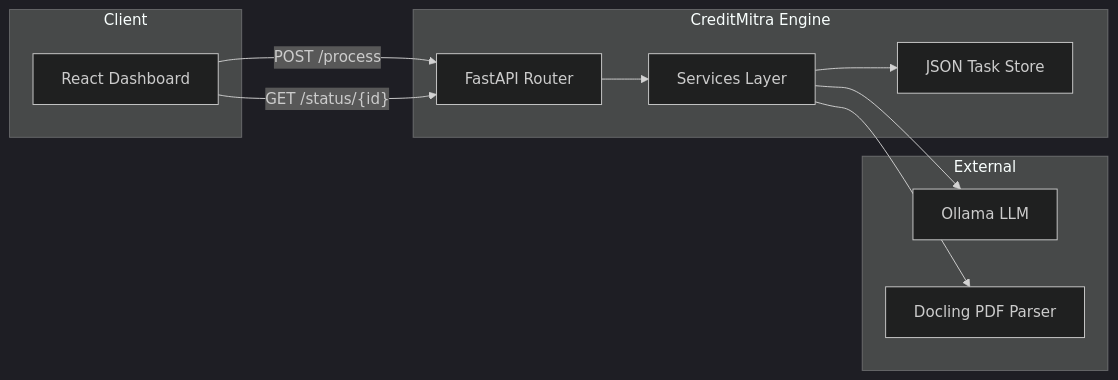
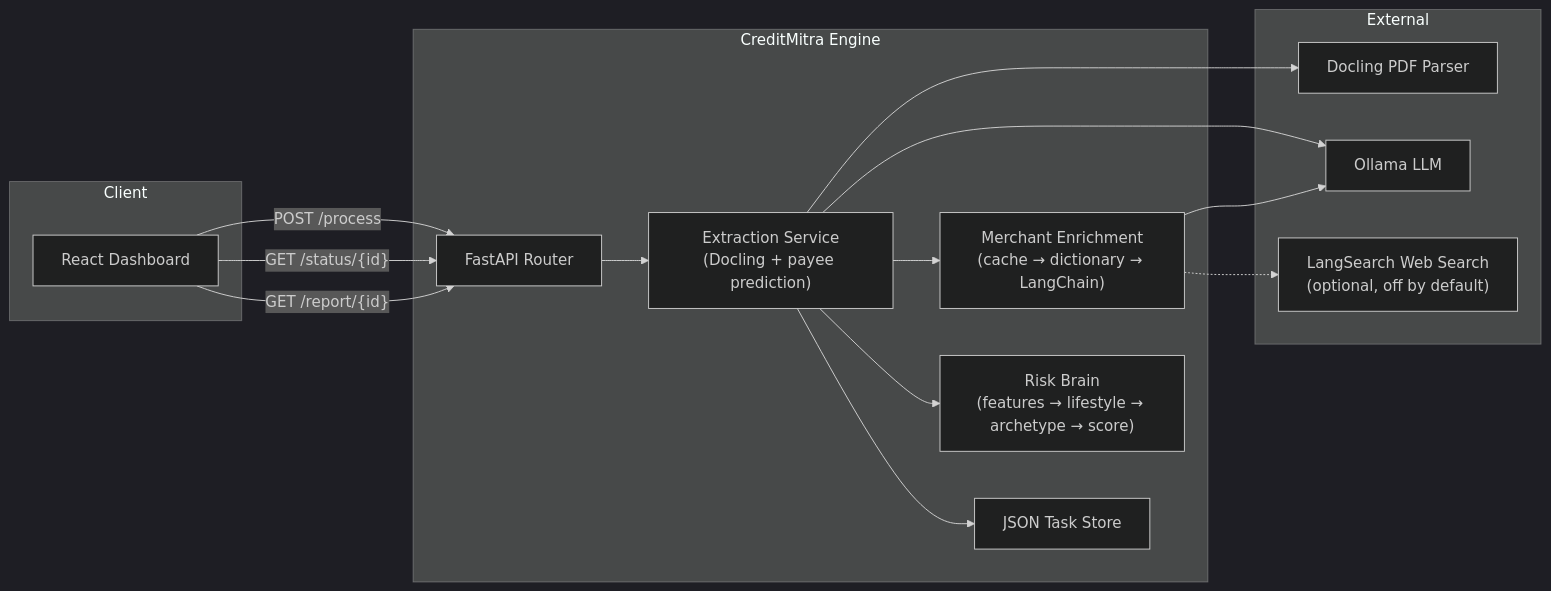
One commit to CreditMitra-TIH-IITB/CreditMitra-engine changed the diagram in README.md. Above: the diagram before and after it, drawn with Mermaid (dark theme). The commit also changed other lines of this file and 27 other files, not shown here.

````diff
--- a/README.md
+++ b/README.md
@@ -11,24 +13,32 @@
 ```mermaid
 flowchart LR
     subgraph Client
         FE["React Dashboard"]
     end
 
     subgraph CreditMitra Engine
         API["FastAPI Router"]
-        SVC["Services Layer"]
+        EXT["Extraction Service<br/>(Docling + payee prediction)"]
+        ENR["Merchant Enrichment<br/>(cache → dictionary → LangChain)"]
+        RISK["Risk Brain<br/>(features → lifestyle → archetype → score)"]
         STORE["JSON Task Store"]
     end
 
     subgraph External
         OLLAMA["Ollama LLM"]
         DOCLING["Docling PDF Parser"]
+        LANGSEARCH["LangSearch Web Search<br/>(optional, off by default)"]
     end
 
     FE -- "POST /process" --> API
     FE -- "GET /status/{id}" --> API
-    API --> SVC
-    SVC --> STORE
-    SVC --> DOCLING
-    SVC --> OLLAMA
+    FE -- "GET /report/{id}" --> API
+    API --> EXT
+    EXT --> DOCLING
+    EXT --> OLLAMA
+    EXT --> ENR
+    ENR --> OLLAMA
+    ENR -.-> LANGSEARCH
+    EXT --> RISK
+    EXT --> STORE
 ```
````
